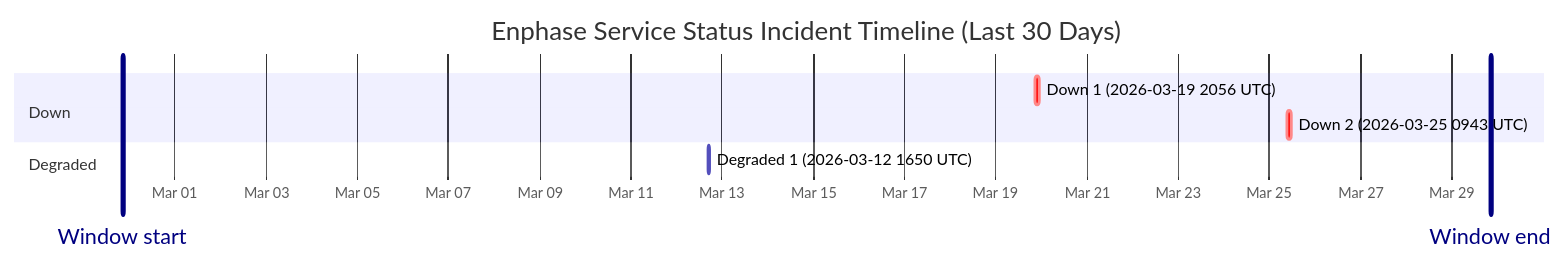
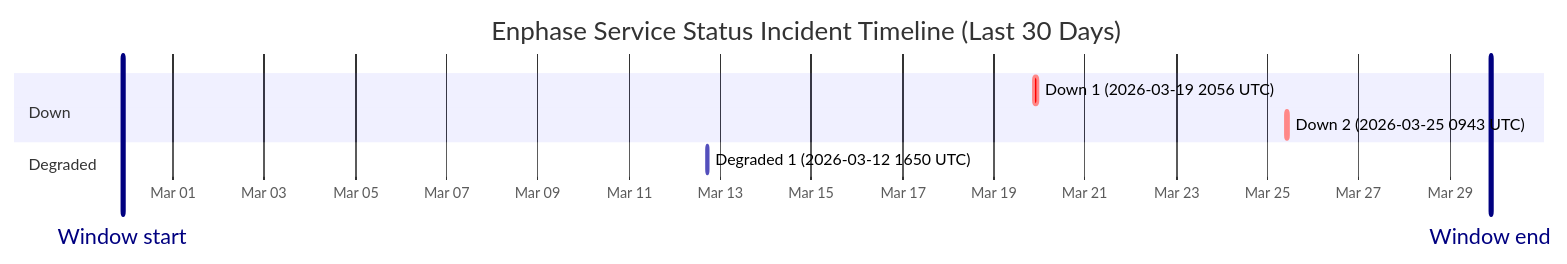
The diagram in wiki/Service-Status-History.md (barneyonline/ha-enphase-ev-charger), drawn with Mermaid before and after one commit. The commit also changed other lines of this file and 3 other files, not shown here.

````diff
--- a/wiki/Service-Status-History.md
+++ b/wiki/Service-Status-History.md
@@ -14,13 +14,13 @@
 ```mermaid
 gantt
     title Enphase Service Status Incident Timeline (Last 30 Days)
     dateFormat  YYYY-MM-DDTHH:mm:ss
     axisFormat  %b %d
-    Window start :vert, window-start, 2026-02-27T20:20:58, 0ms
-    Window end :vert, window-end, 2026-03-29T20:20:58, 0ms
+    Window start :vert, window-start, 2026-02-27T21:23:11, 0ms
+    Window end :vert, window-end, 2026-03-29T21:23:11, 0ms
     section Down
     Down 1 (2026-03-19 2056 UTC) :crit, down-1, 2026-03-19T20:56:20, 145m
     Down 2 (2026-03-25 0943 UTC) :crit, down-2, 2026-03-25T09:43:28, 111m
     section Degraded
     Degraded 1 (2026-03-12 1650 UTC) :active, degraded-1, 2026-03-12T16:50:43, 60m
 ```
````
